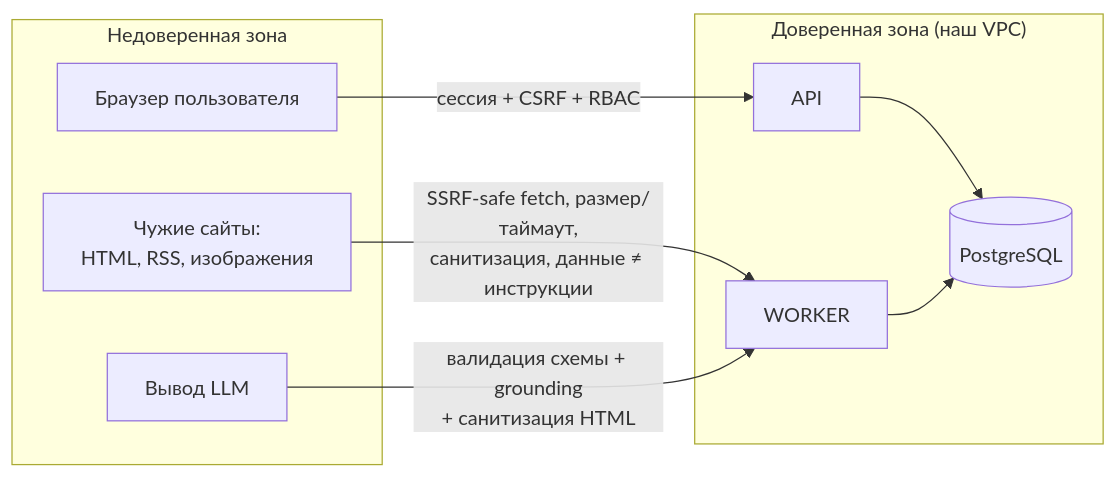
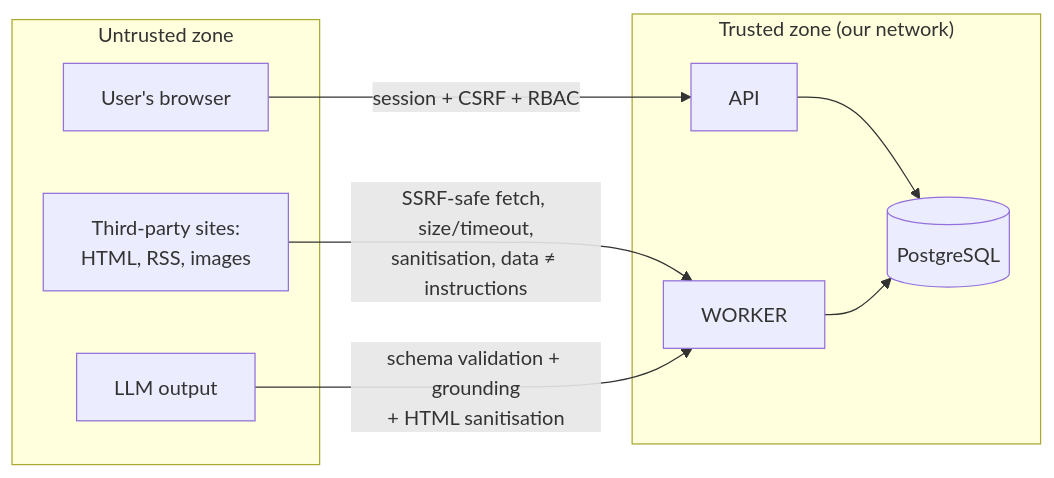
The tenth of 13 diagrams in docs/ARCHITECTURE.md (notLeri/sportintel), drawn with Mermaid before and after one commit. The commit also changed other lines of this file and 13 other files, not shown here.

Commit message:
docs: translate architecture doc and API descriptions to English

````diff
--- a/docs/ARCHITECTURE.md
+++ b/docs/ARCHITECTURE.md
@@ -1211,18 +1211,18 @@
 ```mermaid
 flowchart LR
-  subgraph Untrusted["Недоверенная зона"]
-    WEB["Чужие сайты:<br/>HTML, RSS, изображения"]
-    BROWSER["Браузер пользователя"]
-    LLMOUT["Вывод LLM"]
+  subgraph Untrusted["Untrusted zone"]
+    WEB["Third-party sites:<br/>HTML, RSS, images"]
+    BROWSER["User's browser"]
+    LLMOUT["LLM output"]
   end
-  subgraph Trusted["Доверенная зона (наш VPC)"]
+  subgraph Trusted["Trusted zone (our network)"]
     API
     WORKER
     DB[(PostgreSQL)]
   end
-  BROWSER -->|"сессия + CSRF + RBAC"| API
-  WEB -->|"SSRF-safe fetch, размер/таймаут,<br/>санитизация, данные ≠ инструкции"| WORKER
-  LLMOUT -->|"валидация схемы + grounding<br/>+ санитизация HTML"| WORKER
+  BROWSER -->|"session + CSRF + RBAC"| API
+  WEB -->|"SSRF-safe fetch, size/timeout,<br/>sanitisation, data ≠ instructions"| WORKER
+  LLMOUT -->|"schema validation + grounding<br/>+ HTML sanitisation"| WORKER
   API --> DB
   WORKER --> DB
 ```
````
